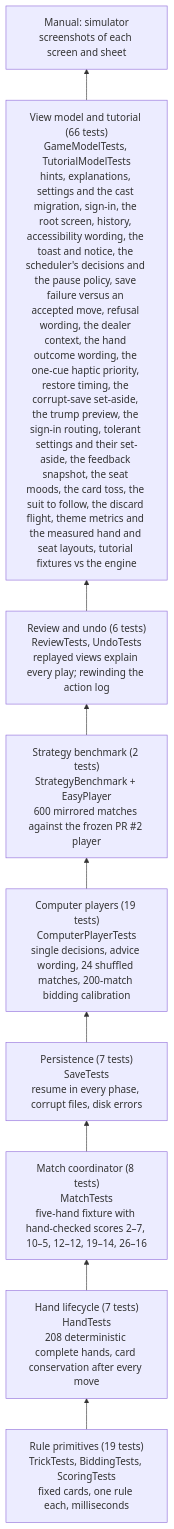
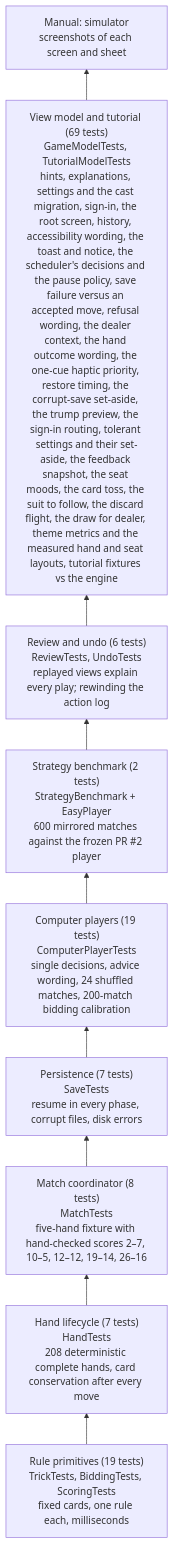
Before and after one commit to cmurphy1140/catch-5: the first of 2 diagrams in docs/testing.md, drawn with Mermaid. The commit also changed other lines of this file and 13 other files, not shown here.

````diff
--- a/docs/testing.md
+++ b/docs/testing.md
@@ -40,13 +40,13 @@
 ```mermaid
 flowchart BT
     L1["Rule primitives (19 tests)<br/>TrickTests, BiddingTests, ScoringTests<br/>fixed cards, one rule each, milliseconds"]
     L2["Hand lifecycle (7 tests)<br/>HandTests<br/>208 deterministic complete hands, card conservation after every move"]
     L3["Match coordinator (8 tests)<br/>MatchTests<br/>five-hand fixture with hand-checked scores 2–7, 10–5, 12–12, 19–14, 26–16"]
     L4["Persistence (7 tests)<br/>SaveTests<br/>resume in every phase, corrupt files, disk errors"]
     L5["Computer players (19 tests)<br/>ComputerPlayerTests<br/>single decisions, advice wording, 24 shuffled matches, 200-match bidding calibration"]
     L5b["Strategy benchmark (2 tests)<br/>StrategyBenchmark + EasyPlayer<br/>600 mirrored matches against the frozen PR #2 player"]
     L5c["Review and undo (6 tests)<br/>ReviewTests, UndoTests<br/>replayed views explain every play; rewinding the action log"]
-    L6["View model and tutorial (66 tests)<br/>GameModelTests, TutorialModelTests<br/>hints, explanations, settings and the cast migration, sign-in, the root screen, history, accessibility wording, the toast and notice, the scheduler's decisions and the pause policy, save failure versus an accepted move, refusal wording, the dealer context, the hand outcome wording, the one-cue haptic priority, restore timing, the corrupt-save set-aside, the trump preview, the sign-in routing, tolerant settings and their set-aside, the feedback snapshot, the seat moods, the card toss, the suit to follow, the discard flight, theme metrics and the measured hand and seat layouts, tutorial fixtures vs the engine"]
+    L6["View model and tutorial (69 tests)<br/>GameModelTests, TutorialModelTests<br/>hints, explanations, settings and the cast migration, sign-in, the root screen, history, accessibility wording, the toast and notice, the scheduler's decisions and the pause policy, save failure versus an accepted move, refusal wording, the dealer context, the hand outcome wording, the one-cue haptic priority, restore timing, the corrupt-save set-aside, the trump preview, the sign-in routing, tolerant settings and their set-aside, the feedback snapshot, the seat moods, the card toss, the suit to follow, the discard flight, the draw for dealer, theme metrics and the measured hand and seat layouts, tutorial fixtures vs the engine"]
     L7["Manual: simulator<br/>screenshots of each screen and sheet"]
     L1 --> L2 --> L3 --> L4 --> L5 --> L5b --> L5c --> L6 --> L7
 ```
````
